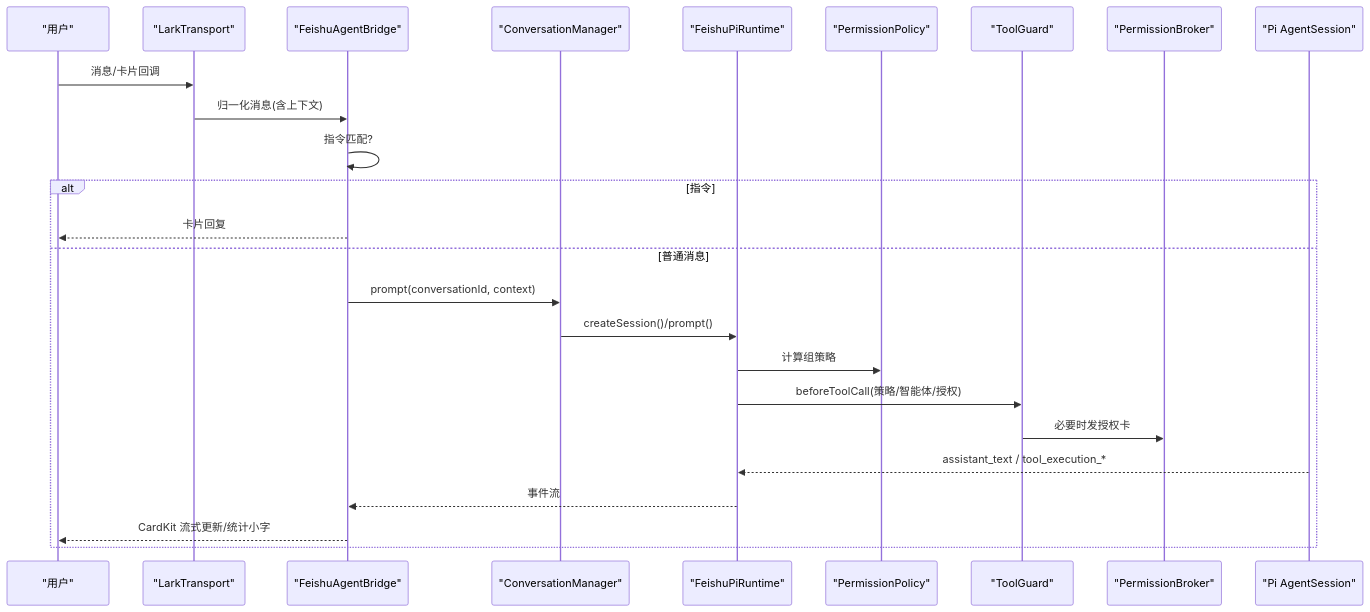
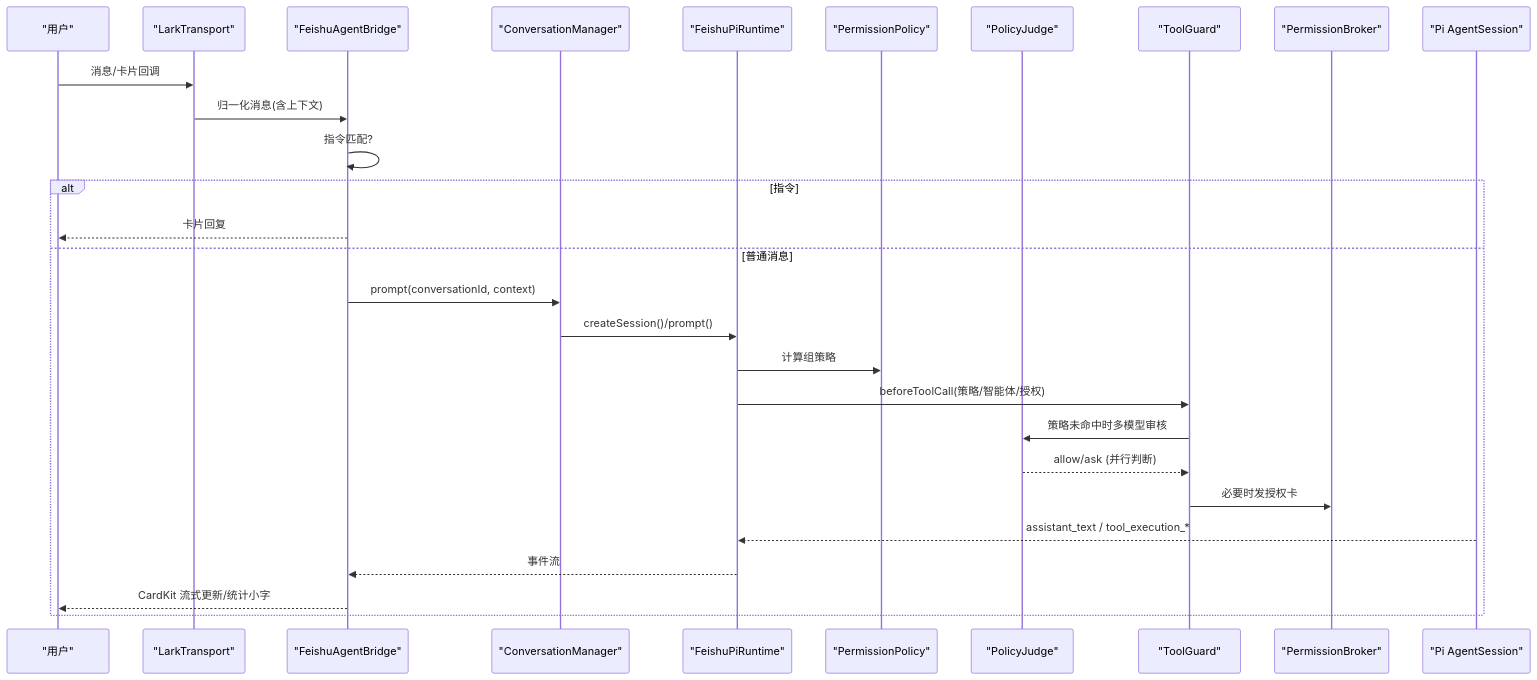
Before and after one commit to HeXiaoShu520/feishu-pi: the eighth of 9 diagrams in .qoder/repowiki/zh/content/架构设计/架构设计.md, drawn with Mermaid. The commit also changed other lines of this file and 47 other files, not shown here.

````diff
--- a/.qoder/repowiki/zh/content/架构设计/架构设计.md
+++ b/.qoder/repowiki/zh/content/架构设计/架构设计.md
@@ -386,27 +443,30 @@
 ```mermaid
 sequenceDiagram
 participant U as "用户"
 participant FT as "LarkTransport"
 participant AB as "FeishuAgentBridge"
 participant CM as "ConversationManager"
 participant RT as "FeishuPiRuntime"
 participant PG as "PermissionPolicy"
+participant PJ as "PolicyJudge"
 participant TG as "ToolGuard"
 participant BK as "PermissionBroker"
 participant PI as "Pi AgentSession"
 U->>FT : 消息/卡片回调
 FT->>AB : 归一化消息(含上下文)
 AB->>AB : 指令匹配?
 alt 指令
 AB-->>U : 卡片回复
 else 普通消息
 AB->>CM : prompt(conversationId, context)
 CM->>RT : createSession()/prompt()
 RT->>PG : 计算组策略
 RT->>TG : beforeToolCall(策略/智能体/授权)
+TG->>PJ : 策略未命中时多模型审核
+PJ-->>TG : allow/ask (并行判断)
 TG->>BK : 必要时发授权卡
 PI-->>RT : assistant_text / tool_execution_*
 RT-->>AB : 事件流
 AB-->>U : CardKit 流式更新/统计小字
 end
 ```
````
